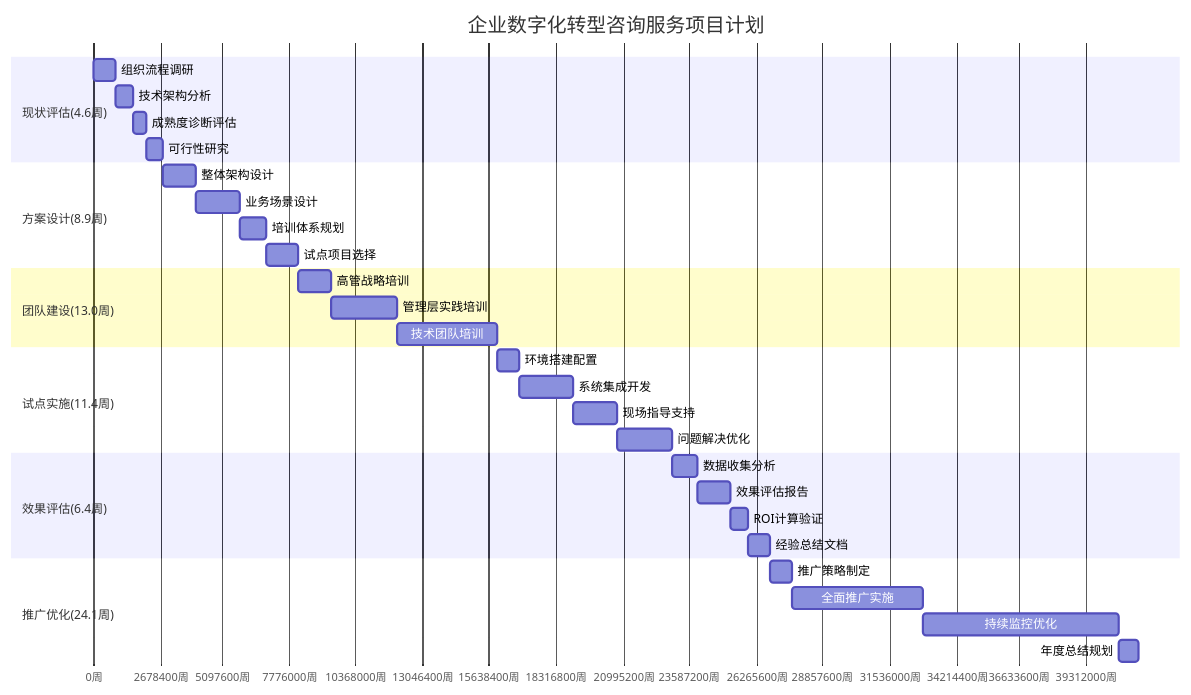
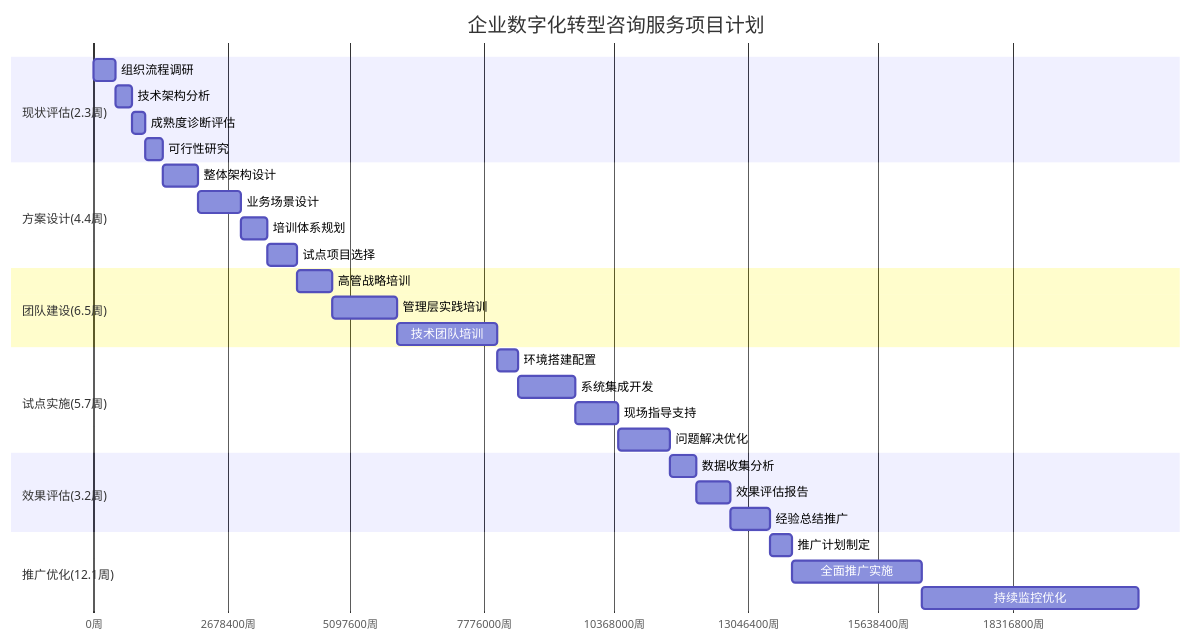
Before and after one commit to chuanminglu/aiworkdocs: the second of 3 diagrams in 广州集装箱/AI赋能企业DevOps流程数字化转型解决方案.md, drawn with Mermaid. The commit also changed other lines of this file and 1 other file, not shown here.

````diff
--- a/广州集装箱/AI赋能企业DevOps流程数字化转型解决方案.md
+++ b/广州集装箱/AI赋能企业DevOps流程数字化转型解决方案.md
@@ -619,41 +857,39 @@
 ```mermaid
 gantt
     title 企业数字化转型咨询服务项目计划
     dateFormat X
     axisFormat %s周
     
-    section 现状评估(4.6周)
-    组织流程调研            :eval1, 0, 10d
-    技术架构分析            :eval2, after eval1, 8d
-    成熟度诊断评估          :eval3, after eval2, 6d
-    可行性研究              :eval4, after eval3, 8d
+    section 现状评估(2.3周)
+    组织流程调研            :eval1, 0, 5d
+    技术架构分析            :eval2, after eval1, 4d
+    成熟度诊断评估          :eval3, after eval2, 3d
+    可行性研究              :eval4, after eval3, 4d
   
-    section 方案设计(8.9周)
-    整体架构设计            :design1, after eval4, 15d
-    业务场景设计            :design2, after design1, 20d
-    培训体系规划            :design3, after design2, 12d
-    试点项目选择            :design4, after design3, 15d
+    section 方案设计(4.4周)
+    整体架构设计            :design1, after eval4, 8d
+    业务场景设计            :design2, after design1, 10d
+    培训体系规划            :design3, after design2, 6d
+    试点项目选择            :design4, after design3, 7d
   
-    section 团队建设(13.0周)
-    高管战略培训            :train1, after design4, 15d
-    管理层实践培训          :train2, after train1, 30d
-    技术团队培训            :train3, after train2, 46d
+    section 团队建设(6.5周)
+    高管战略培训            :train1, after design4, 8d
+    管理层实践培训          :train2, after train1, 15d
+    技术团队培训            :train3, after train2, 23d
   
-    section 试点实施(11.4周)
-    环境搭建配置            :pilot1, after train3, 10d
-    系统集成开发            :pilot2, after pilot1, 25d
-    现场指导支持            :pilot3, after pilot2, 20d
-    问题解决优化            :pilot4, after pilot3, 25d
+    section 试点实施(5.7周)
+    环境搭建配置            :pilot1, after train3, 5d
+    系统集成开发            :pilot2, after pilot1, 13d
+    现场指导支持            :pilot3, after pilot2, 10d
+    问题解决优化            :pilot4, after pilot3, 12d
   
-    section 效果评估(6.4周)
-    数据收集分析            :assess1, after pilot4, 12d
-    效果评估报告            :assess2, after assess1, 15d
-    ROI计算验证             :assess3, after assess2, 8d
-    经验总结文档            :assess4, after assess3, 10d
+    section 效果评估(3.2周)
+    数据收集分析            :eval5, after pilot4, 6d
+    效果评估报告            :eval6, after eval5, 8d
+    经验总结推广            :eval7, after eval6, 9d
   
-    section 推广优化(24.1周)
-    推广策略制定            :rollout1, after assess4, 10d
-    全面推广实施            :rollout2, after rollout1, 60d
-    持续监控优化            :rollout3, after rollout2, 90d
-    年度总结规划            :rollout4, after rollout3, 9d
+    section 推广优化(12.1周)
+    推广计划制定            :opt1, after eval7, 5d
+    全面推广实施            :opt2, after opt1, 30d
+    持续监控优化            :opt3, after opt2, 50d
 ```
````
